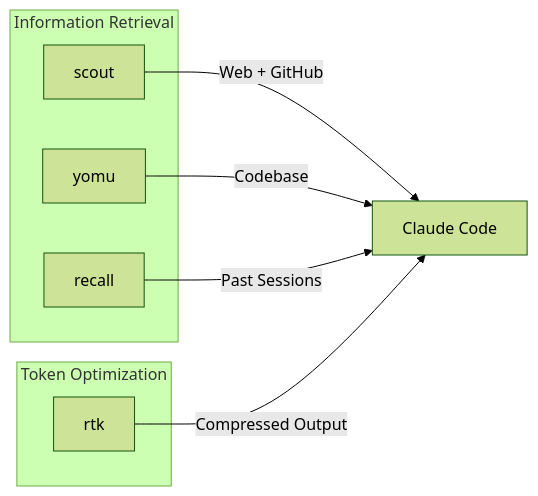
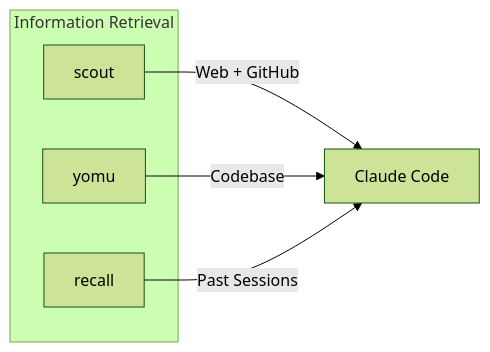
One commit to thkt/dotclaude changed the diagram in docs/CLI_TOOLS.md. Above: the diagram before and after it, drawn with Mermaid (forest theme). The commit also changed other lines of this file and 3 other files, not shown here.

````diff
--- a/docs/CLI_TOOLS.md
+++ b/docs/CLI_TOOLS.md
@@ -14,17 +14,12 @@
 ```mermaid
 graph LR
     subgraph Search["Information Retrieval"]
         SC[scout]
         YO[yomu]
         RE[recall]
     end
 
-    subgraph Optimization["Token Optimization"]
-        RTK[rtk]
-    end
-
     SC -->|Web + GitHub| AI[Claude Code]
     YO -->|Codebase| AI
     RE -->|Past Sessions| AI
-    RTK -->|Compressed Output| AI
 ```
````
